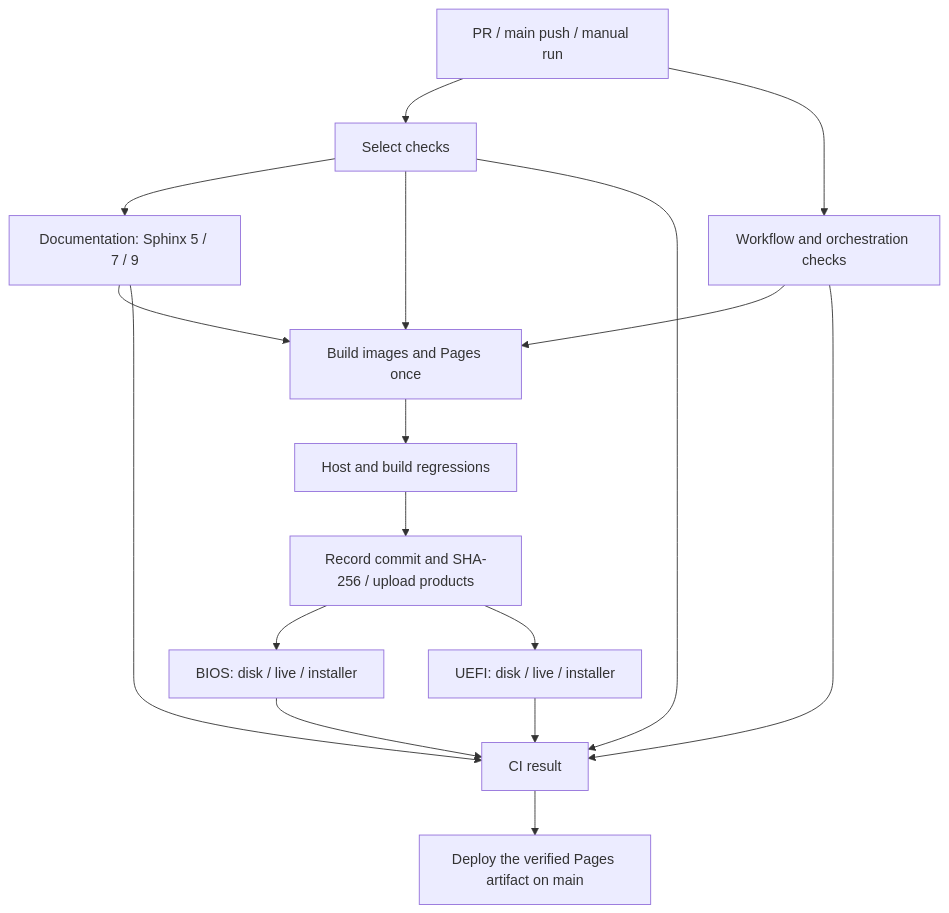
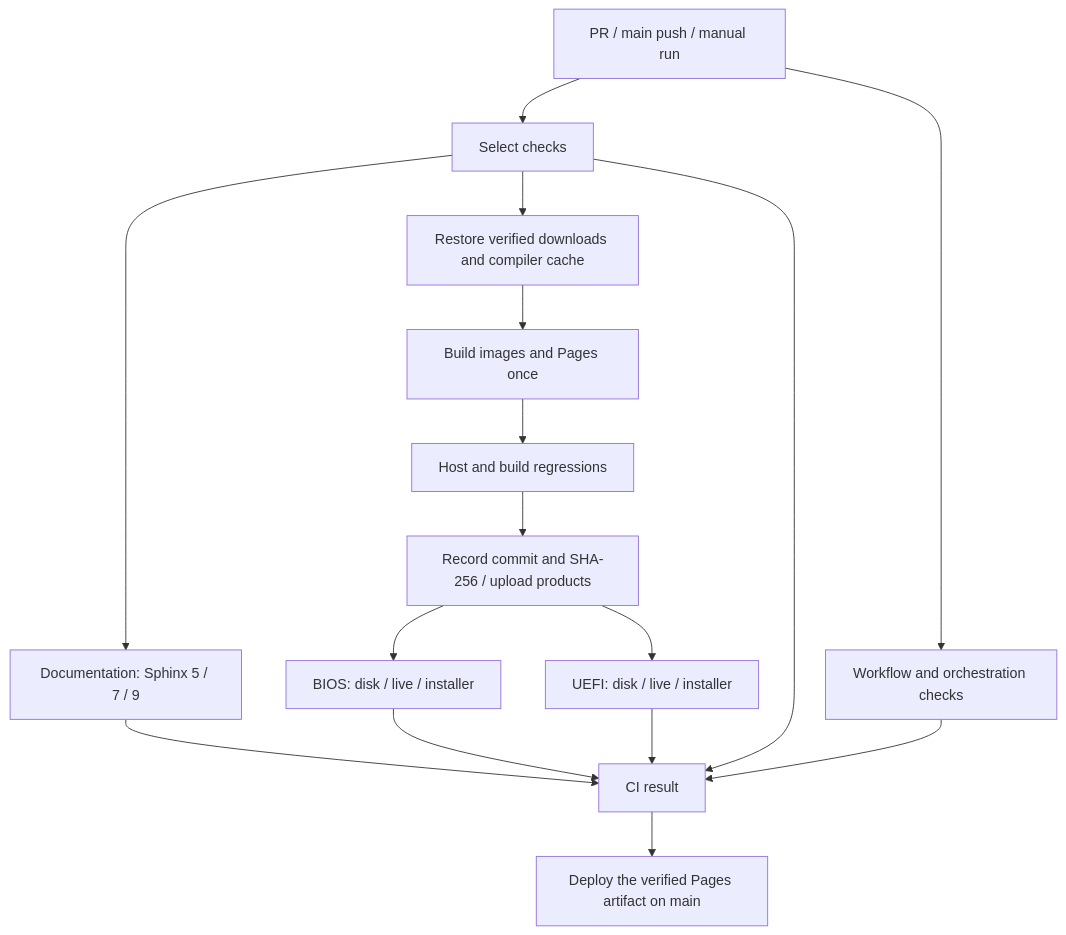
One commit to ReliefOSProject/ReliefOS changed the diagram in .github/README.md. Above: the diagram before and after it, drawn with Mermaid. The commit also changed other lines of this file and 21 other files, not shown here.

````diff
--- a/.github/README.md
+++ b/.github/README.md
@@ -3,19 +3,18 @@
 ```mermaid
 flowchart TD
     A[PR / main push / manual run] --> B[Select checks]
     A --> C[Workflow and orchestration checks]
     B --> D[Documentation: Sphinx 5 / 7 / 9]
-    B --> E[Build images and Pages once]
-    C --> E
-    D --> E
+    B --> L[Restore verified downloads and compiler cache]
+    L --> E[Build images and Pages once]
     E --> F[Host and build regressions]
     F --> G[Record commit and SHA-256 / upload products]
     G --> H[BIOS: disk / live / installer]
     G --> I[UEFI: disk / live / installer]
     B --> J[CI result]
     C --> J
     D --> J
     H --> J
     I --> J
     J --> K[Deploy the verified Pages artifact on main]
 ```
````
